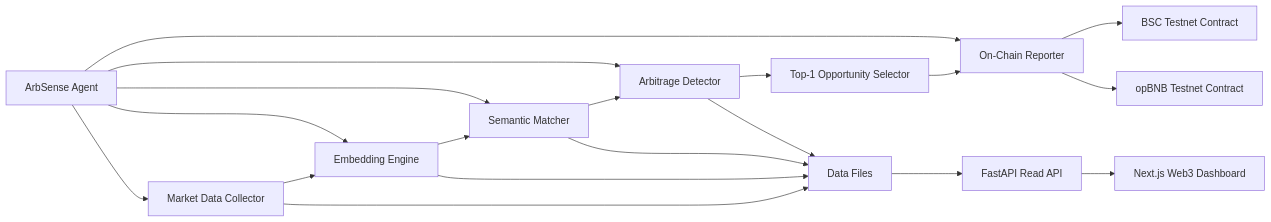
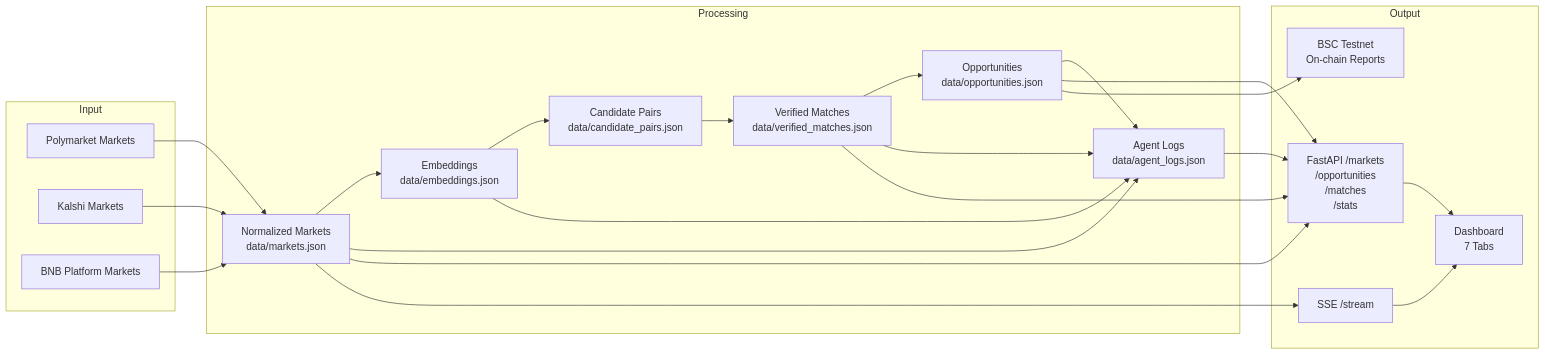
Before and after one commit to hsuyaax/Arbsense: the sixth of 8 diagrams in docs/architecture.md, drawn with Mermaid. The commit also changed other lines of this file and 50 other files, not shown here.

Commit message:
Update ArbSense with AI verification, dashboard improvements, and agent fixes

````diff
--- a/docs/architecture.md
+++ b/docs/architecture.md
@@ -3,21 +197,43 @@
 ```mermaid
-graph LR
-    A[Market Data Collector] --> B[Embedding Engine]
-    B --> C[Semantic Matcher]
-    C --> D[Arbitrage Detector]
-    D --> E[Top-1 Opportunity Selector]
-    E --> F[On-Chain Reporter]
-    F --> G[BSC Testnet Contract]
-    F --> H[opBNB Testnet Contract]
-    A --> I[Data Files]
-    B --> I
-    C --> I
-    D --> I
-    I --> J[FastAPI Read API]
-    J --> K[Next.js Web3 Dashboard]
-    L[ArbSense Agent] --> A
-    L --> B
-    L --> C
-    L --> D
-    L --> F
+flowchart LR
+    subgraph Input
+        M1[Polymarket Markets]
+        M2[Kalshi Markets]
+        M3[BNB Platform Markets]
+    end
+
+    subgraph Processing
+        N[Normalized Markets<br>data/markets.json]
+        E[Embeddings<br>data/embeddings.json]
+        C[Candidate Pairs<br>data/candidate_pairs.json]
+        V[Verified Matches<br>data/verified_matches.json]
+        O[Opportunities<br>data/opportunities.json]
+        L[Agent Logs<br>data/agent_logs.json]
+    end
+
+    subgraph Output
+        API_OUT[FastAPI /markets<br>/opportunities<br>/matches<br>/stats]
+        SSE_OUT[SSE /stream]
+        CHAIN_OUT[BSC Testnet<br>On-chain Reports]
+        DASH_OUT[Dashboard<br>7 Tabs]
+    end
+
+    M1 --> N
+    M2 --> N
+    M3 --> N
+    N --> E --> C --> V --> O
+
+    N --> L
+    E --> L
+    V --> L
+    O --> L
+
+    N --> API_OUT
+    O --> API_OUT
+    V --> API_OUT
+    L --> API_OUT
+    N --> SSE_OUT
+    O --> CHAIN_OUT
+    API_OUT --> DASH_OUT
+    SSE_OUT --> DASH_OUT
 ```
````
